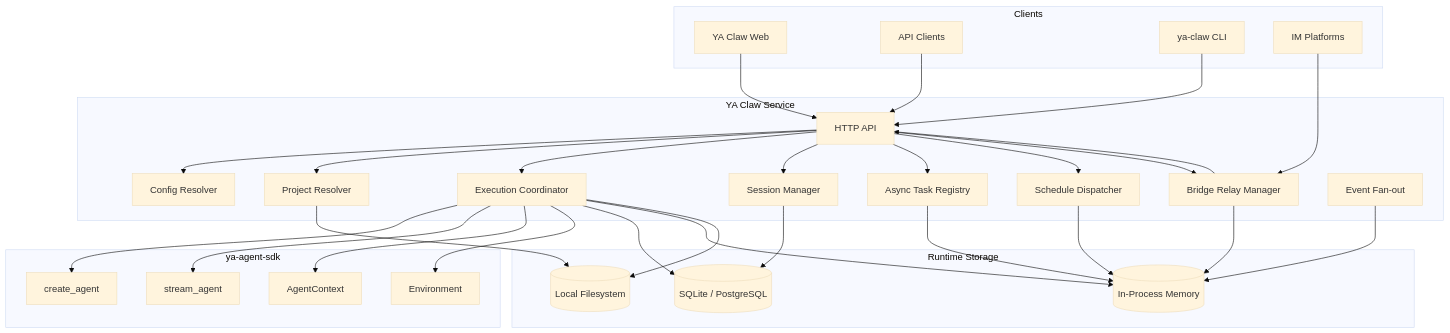
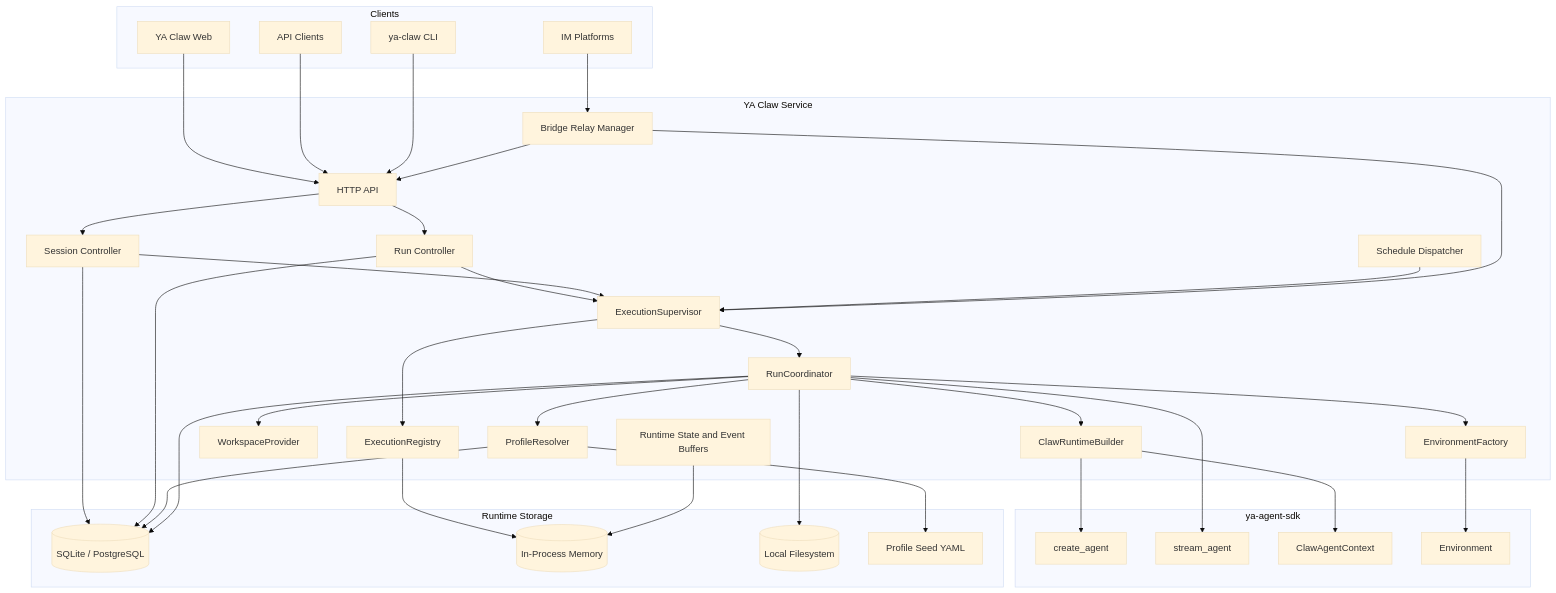
The diagram in packages/ya-claw/spec/00-overview.md (Wh1isper/ya-mono), drawn with Mermaid (base theme) before and after one commit. The commit also changed other lines of this file and 59 other files, not shown here.

First line of the commit message:
feat(ya-claw): standardize AGUI replay and runtime defaults (#126)

````diff
--- a/packages/ya-claw/spec/00-overview.md
+++ b/packages/ya-claw/spec/00-overview.md
@@ -43,63 +43,72 @@
 ```mermaid
 flowchart TB
     subgraph Clients
         WEB[YA Claw Web]
         API_CLIENT[API Clients]
         CLI[ya-claw CLI]
         IM[IM Platforms]
     end
 
     subgraph Runtime[YA Claw Service]
         API[HTTP API]
-        CFG[Config Resolver]
-        PROJ[Project Resolver]
-        EXEC[Execution Coordinator]
-        SESS[Session Manager]
-        TASKS[Async Task Registry]
+        SESS[Session Controller]
+        RUNS[Run Controller]
+        SUP[ExecutionSupervisor]
+        REG[ExecutionRegistry]
+        BUF[Runtime State and Event Buffers]
+        PROF[ProfileResolver]
+        PROJ[WorkspaceProvider]
+        ENVF[EnvironmentFactory]
+        BUILD[ClawRuntimeBuilder]
+        COORD[RunCoordinator]
         SCHED[Schedule Dispatcher]
         BRIDGE[Bridge Relay Manager]
-        EVT[Event Fan-out]
     end
 
     subgraph SDK[ya-agent-sdk]
         AGENT[create_agent]
         STREAM[stream_agent]
-        CTX[AgentContext]
+        CTX[ClawAgentContext]
         ENV[Environment]
     end
 
     subgraph Storage[Runtime Storage]
         SQL[(SQLite / PostgreSQL)]
         MEM[(In-Process Memory)]
         FS[(Local Filesystem)]
+        YAML[Profile Seed YAML]
     end
 
     WEB --> API
     API_CLIENT --> API
     CLI --> API
     IM --> BRIDGE
     BRIDGE --> API
 
-    API --> CFG
-    API --> PROJ
-    API --> EXEC
     API --> SESS
-    API --> TASKS
-    API --> SCHED
-    API --> BRIDGE
+    API --> RUNS
+    SESS --> SQL
+    RUNS --> SQL
+    RUNS --> SUP
+    SESS --> SUP
+    SCHED --> SUP
+    BRIDGE --> SUP
 
-    EXEC --> AGENT
-    EXEC --> STREAM
-    EXEC --> CTX
-    EXEC --> ENV
+    SUP --> REG
+    SUP --> COORD
+    COORD --> PROF
+    PROF --> SQL
+    PROF --> YAML
+    COORD --> PROJ
+    COORD --> ENVF
+    COORD --> BUILD
+    BUILD --> CTX
+    BUILD --> AGENT
+    COORD --> STREAM
+    ENVF --> ENV
 
-    EXEC --> SQL
-    EXEC --> MEM
-    EXEC --> FS
-    SESS --> SQL
-    TASKS --> MEM
-    SCHED --> MEM
-    BRIDGE --> MEM
-    EVT --> MEM
-    PROJ --> FS
+    COORD --> SQL
+    COORD --> FS
+    REG --> MEM
+    BUF --> MEM
 ```
````
